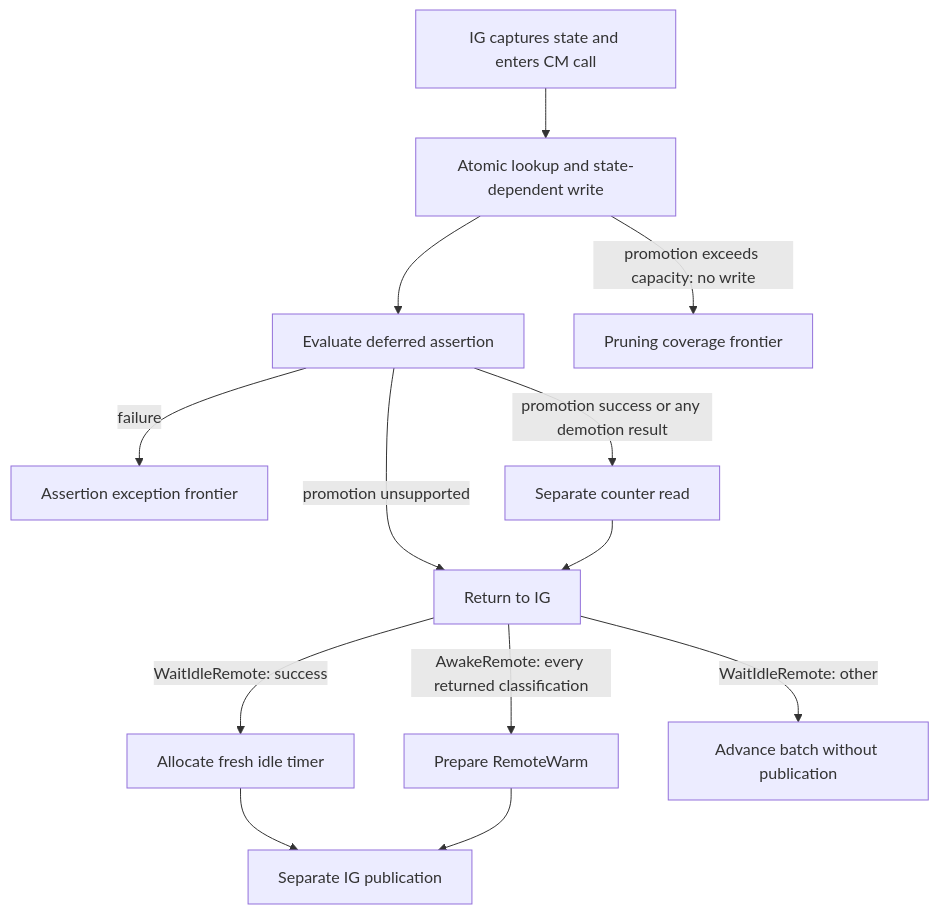
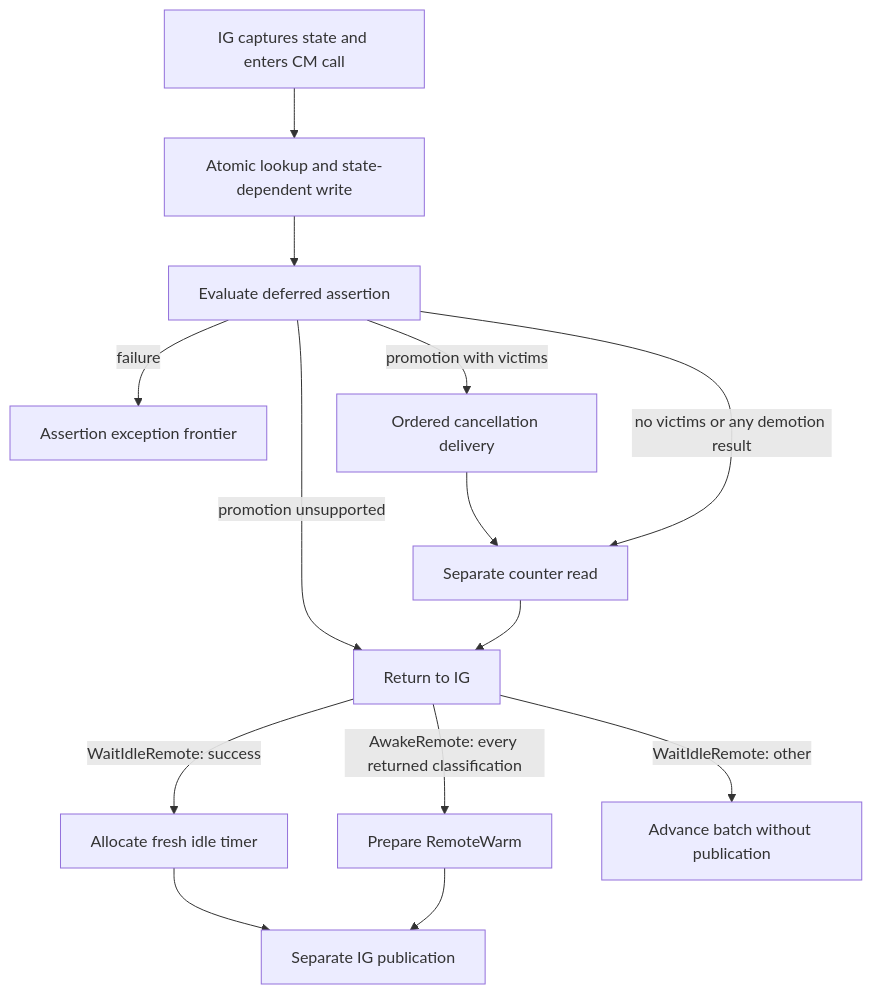
Before and after one commit to input-output-hk/agda-cardano-common: the diagram in src/Network_CSP_Model/ConnectionManagement/RemoteState.md, drawn with Mermaid. The commit also changed other lines of this file and 7 other files, not shown here.

````diff
--- a/src/Network_CSP_Model/ConnectionManagement/RemoteState.md
+++ b/src/Network_CSP_Model/ConnectionManagement/RemoteState.md
@@ -31,15 +31,16 @@
 ```mermaid
 flowchart TD
     E[IG captures state and enters CM call] --> T[Atomic lookup and state-dependent write]
     T --> A[Evaluate deferred assertion]
     A -->|failure| X[Assertion exception frontier]
-    A -->|promotion success or any demotion result| C[Separate counter read]
+    A -->|promotion with victims| D[Ordered cancellation delivery]
+    D --> C[Separate counter read]
+    A -->|no victims or any demotion result| C
     A -->|promotion unsupported| R[Return to IG]
     C --> R
     R -->|AwakeRemote: every returned classification| W[Prepare RemoteWarm]
     R -->|WaitIdleRemote: success| I[Allocate fresh idle timer]
     R -->|WaitIdleRemote: other| N[Advance batch without publication]
     I --> P[Separate IG publication]
     W --> P
-    T -->|promotion exceeds capacity: no write| F[Pruning coverage frontier]
 ```
````
